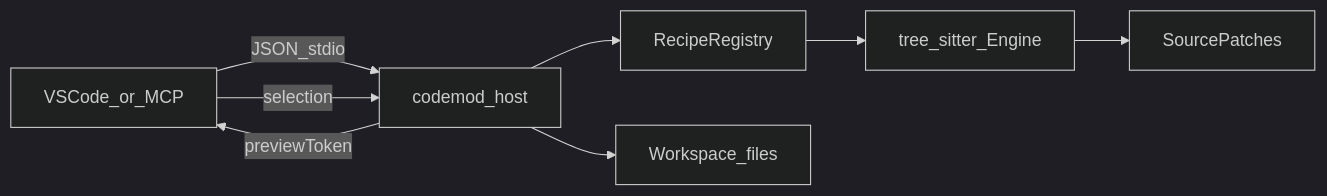
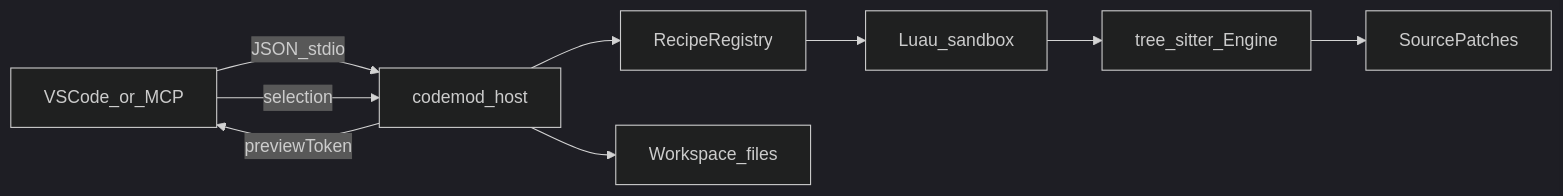
One commit to c4rl2s0n/CodemodRecipe changed the diagram in docs/getting-started.md. Above: the diagram before and after it, drawn with Mermaid (dark theme). The commit also changed other lines of this file and 218 other files, not shown here.

````diff
--- a/docs/getting-started.md
+++ b/docs/getting-started.md
@@ -23,10 +24,11 @@
 ```mermaid
 flowchart LR
   UI[VSCode_or_MCP] -->|JSON_stdio| Host[codemod_host]
   Host --> Registry[RecipeRegistry]
-  Registry --> Engine[tree_sitter_Engine]
+  Registry --> Lua[Luau_sandbox]
+  Lua --> Engine[tree_sitter_Engine]
   Engine --> Patches[SourcePatches]
   Host -->|previewToken| UI
   UI -->|selection| Host
   Host --> FS[Workspace_files]
 ```
````
